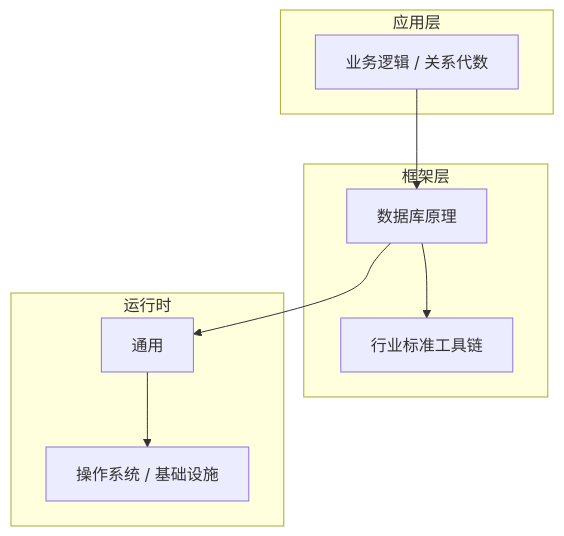
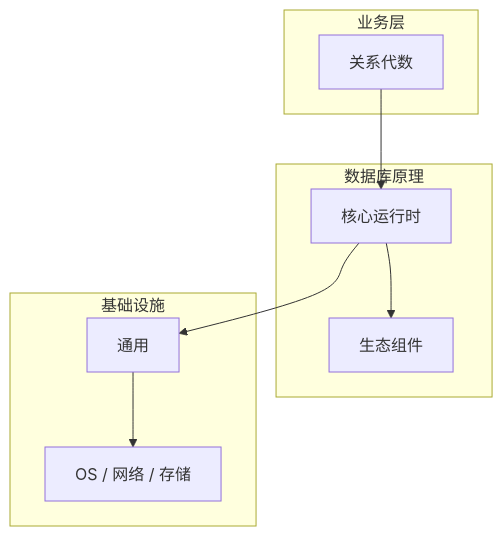
One commit to yanggan2015/knowledge-json-v2 changed the diagram in articles/数据库原理/chapters/023-关系代数核心概念与原理.md. Above: the diagram before and after it, drawn with Mermaid. The commit also changed other lines of this file and 10127 other files, not shown here.

````diff
--- a/articles/数据库原理/chapters/023-关系代数核心概念与原理.md
+++ b/articles/数据库原理/chapters/023-关系代数核心概念与原理.md
@@ -45,18 +34,18 @@
 ```mermaid
 graph TB
-    subgraph 应用层
-        A[业务逻辑 / 关系代数]
+    subgraph 业务层
+        A[关系代数]
     end
-    subgraph 框架层
-        B[数据库原理]
-        C[行业标准工具链]
+    subgraph 数据库原理
+        B[核心运行时]
+        C[生态组件]
     end
-    subgraph 运行时
+    subgraph 基础设施
         D[通用]
-        E[操作系统 / 基础设施]
+        E[OS / 网络 / 存储]
     end
     A --> B
     B --> C
     B --> D
     D --> E
 ```
````
